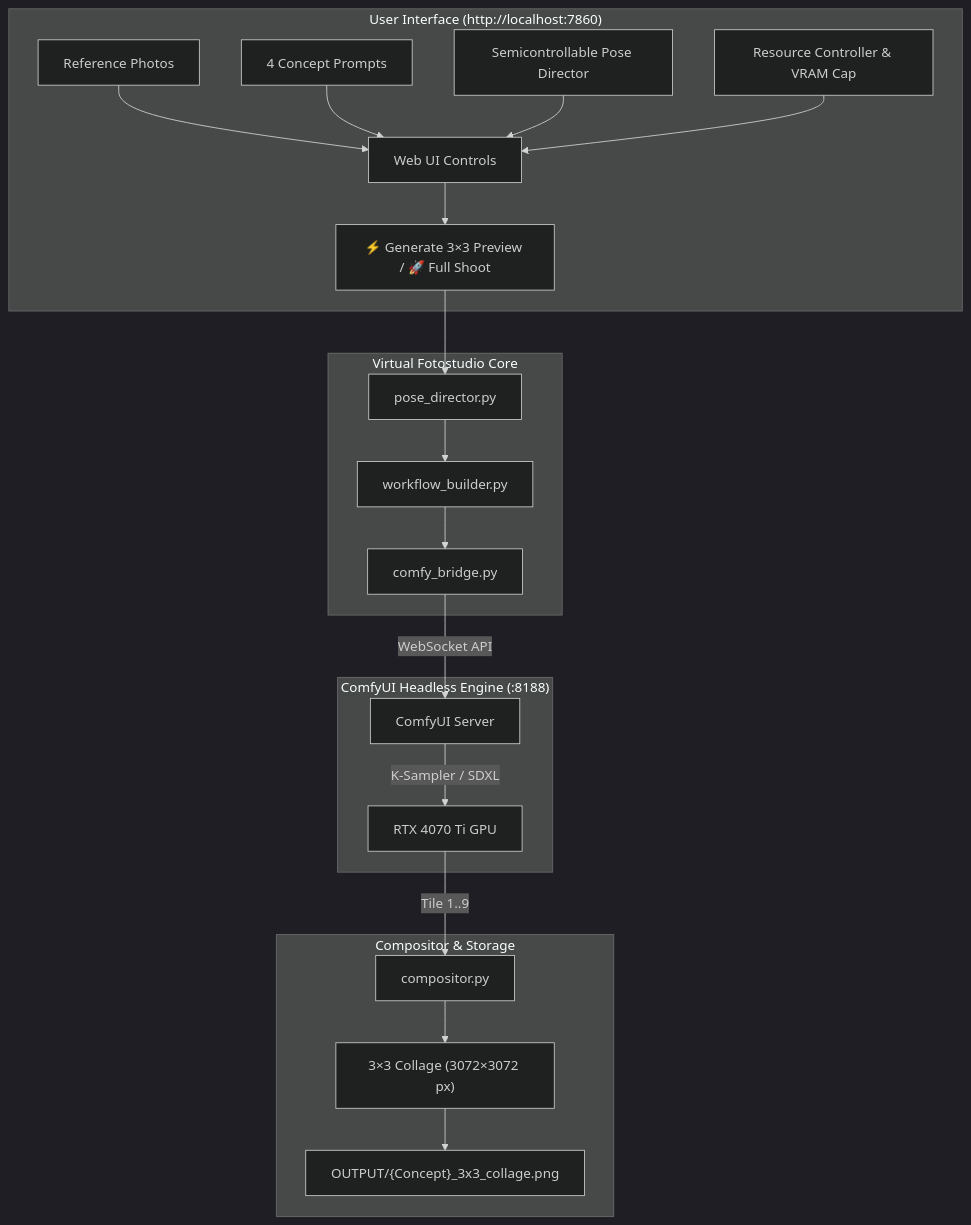
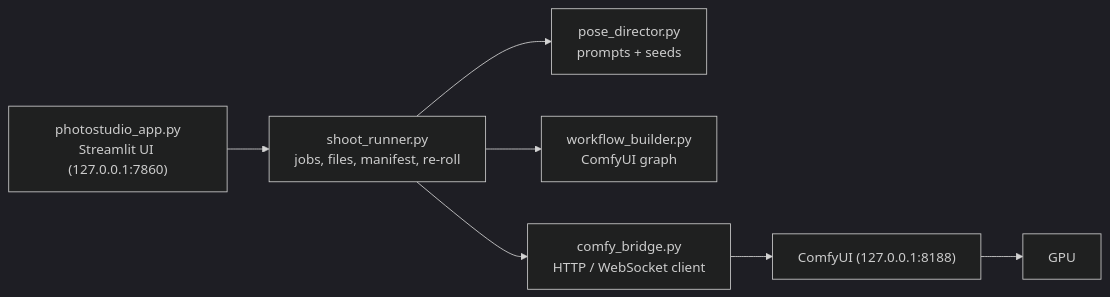
The diagram in photostudio_walkthrough.md (lockdok/VirtualFotostudio), drawn with Mermaid (dark theme) before and after one commit. The commit also changed other lines of this file and 13 other files, not shown here.

````diff
--- a/photostudio_walkthrough.md
+++ b/photostudio_walkthrough.md
@@ -11,27 +7,9 @@
 ```mermaid
-flowchart TD
-    subgraph UI ["User Interface (http://localhost:7860)"]
-        A[Reference Photos] --> E[Web UI Controls]
-        B[4 Concept Prompts] --> E
-        C[Semicontrollable Pose Director] --> E
-        D[Resource Controller & VRAM Cap] --> E
-        E --> F["⚡ Generate 3×3 Preview / 🚀 Full Shoot"]
-    end
-
-    subgraph Core ["Virtual Fotostudio Core"]
-        F --> G[pose_director.py]
-        G --> H[workflow_builder.py]
-        H --> I[comfy_bridge.py]
-    end
-
-    subgraph Engine ["ComfyUI Headless Engine (:8188)"]
-        I -->|WebSocket API| J[ComfyUI Server]
-        J -->|K-Sampler / SDXL| K[RTX 4070 Ti GPU]
-    end
-
-    subgraph Assembly ["Compositor & Storage"]
-        K -->|Tile 1..9| L[compositor.py]
-        L --> M["3×3 Collage (3072×3072 px)"]
-        M --> N["OUTPUT/{Concept}_3x3_collage.png"]
-    end
+flowchart LR
+    UI["photostudio_app.py<br/>Streamlit UI (127.0.0.1:7860)"] --> R["shoot_runner.py<br/>jobs, files, manifest, re-roll"]
+    R --> P["pose_director.py<br/>prompts + seeds"]
+    R --> W["workflow_builder.py<br/>ComfyUI graph"]
+    R --> B["comfy_bridge.py<br/>HTTP / WebSocket client"]
+    B --> C["ComfyUI (127.0.0.1:8188)"]
+    C --> G["GPU"]
 ```
````
